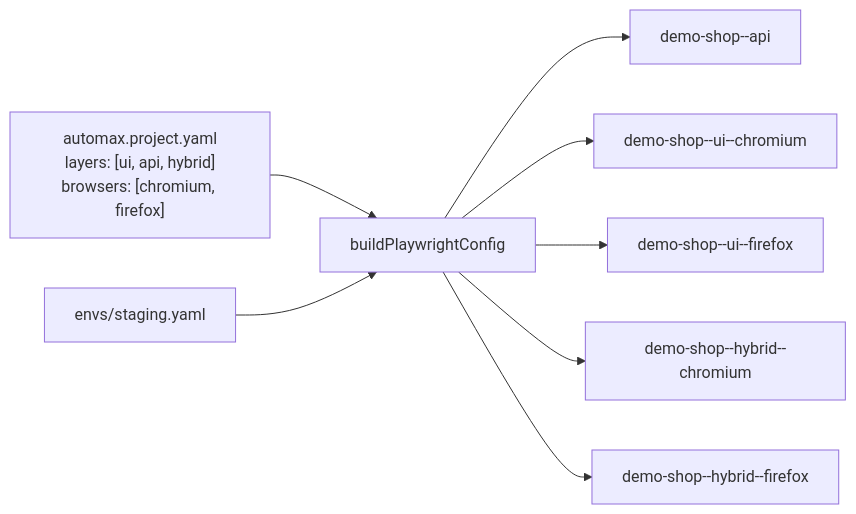
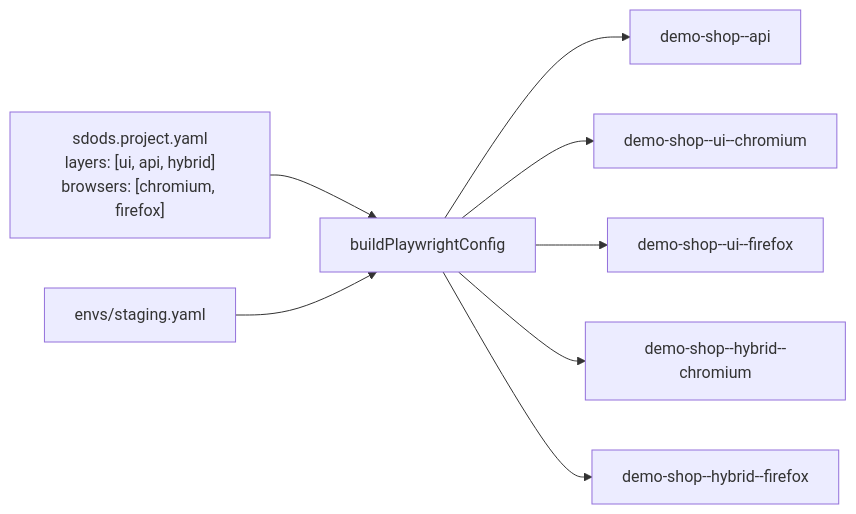
The diagram in apps/docs/content/docs/guides/projects-and-environments.mdx (YarlisAISolutions/SDODS), drawn with Mermaid before and after one commit. The commit also changed other lines of this file and 466 other files, not shown here.

First line of the commit message:
Rebrand to SDODS: packages, CLI, config, brand marks

````diff
--- a/apps/docs/content/docs/guides/projects-and-environments.mdx
+++ b/apps/docs/content/docs/guides/projects-and-environments.mdx
@@ -62,10 +62,10 @@
 ```mermaid
 flowchart LR
-  P["automax.project.yaml<br/>layers: [ui, api, hybrid]<br/>browsers: [chromium, firefox]"] --> G["buildPlaywrightConfig"]
+  P["sdods.project.yaml<br/>layers: [ui, api, hybrid]<br/>browsers: [chromium, firefox]"] --> G["buildPlaywrightConfig"]
   E["envs/staging.yaml"] --> G
   G --> A["demo-shop--api"]
   G --> U1["demo-shop--ui--chromium"]
   G --> U2["demo-shop--ui--firefox"]
   G --> H1["demo-shop--hybrid--chromium"]
   G --> H2["demo-shop--hybrid--firefox"]
 ```
````
